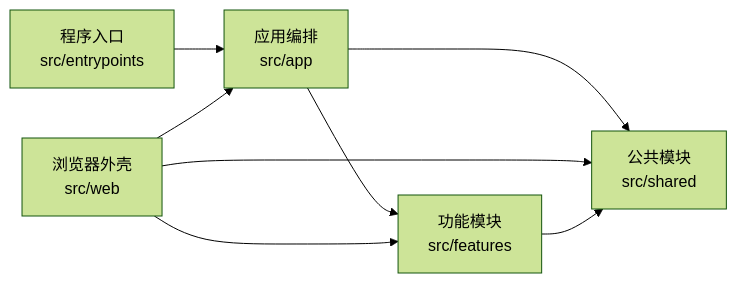
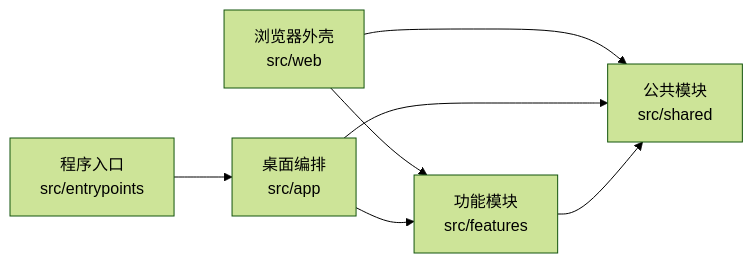
One commit to ChouChiu/Purivox changed the first of 3 diagrams in docs/architecture.md. Above: the diagram before and after it, drawn with Mermaid (forest theme). The commit also changed other lines of this file and 15 other files, not shown here.

````diff
--- a/docs/architecture.md
+++ b/docs/architecture.md
@@ -30,10 +28,9 @@
 ```mermaid
 flowchart LR
-    entry["程序入口<br/>src/entrypoints"] --> app["应用编排<br/>src/app"]
-    browser["浏览器外壳<br/>src/web"] --> app
-    app --> feature["功能模块<br/>src/features"]
-    app --> shared["公共模块<br/>src/shared"]
-    browser --> feature
-    browser --> shared
+    entry["程序入口<br/>src/entrypoints"] --> app["桌面编排<br/>src/app"]
+    browser["浏览器外壳<br/>src/web"] --> feature["功能模块<br/>src/features"]
+    browser --> shared["公共模块<br/>src/shared"]
+    app --> feature
+    app --> shared
     feature --> shared
 ```
````
